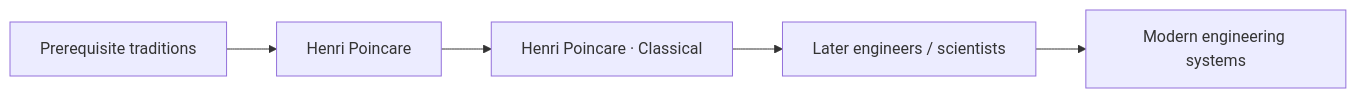
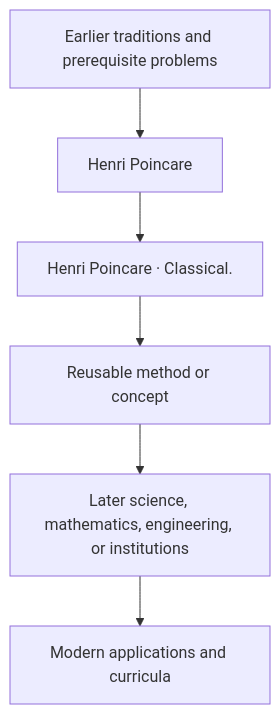
One commit to via-decide/ViaLogic changed the diagram in docs/history/henri-poincare/influence.md. Above: the diagram before and after it, drawn with Mermaid. The commit also changed other lines of this file and 858 other files, not shown here.

````diff
--- a/docs/history/henri-poincare/influence.md
+++ b/docs/history/henri-poincare/influence.md
@@ -29,7 +16,8 @@
 ```mermaid
-graph LR
-  prerequisites["Prerequisite traditions"] --> current["Henri Poincare"]
-  current --> contribution["Henri Poincare · Classical"]
-  contribution --> successors["Later engineers / scientists"]
-  successors --> modern["Modern engineering systems"]
+graph TD
+  Prior[Earlier traditions and prerequisite problems] --> Person[Henri Poincare]
+  Person --> Contribution[Henri Poincare · Classical.]
+  Contribution --> Method[Reusable method or concept]
+  Method --> Later[Later science, mathematics, engineering, or institutions]
+  Later --> Modern[Modern applications and curricula]
 ```
````
